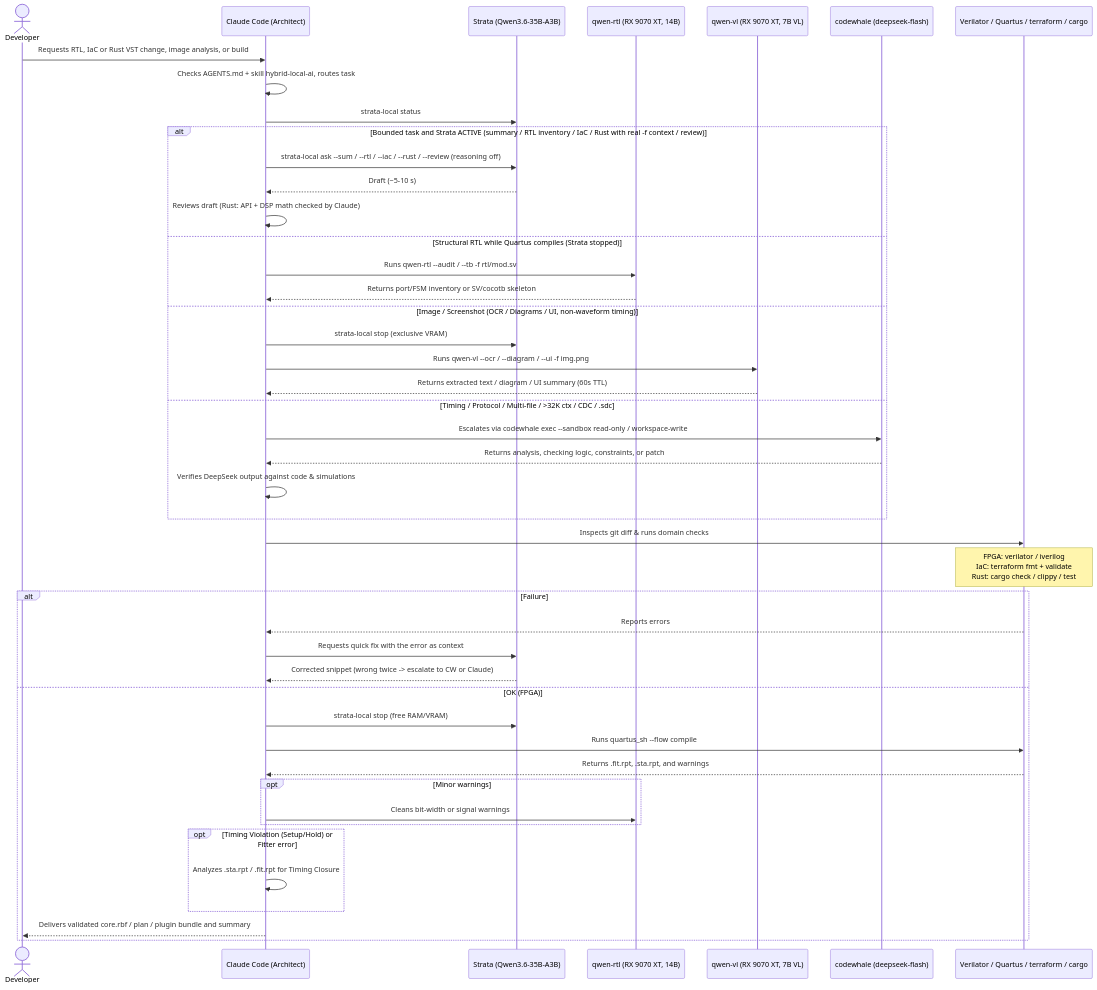
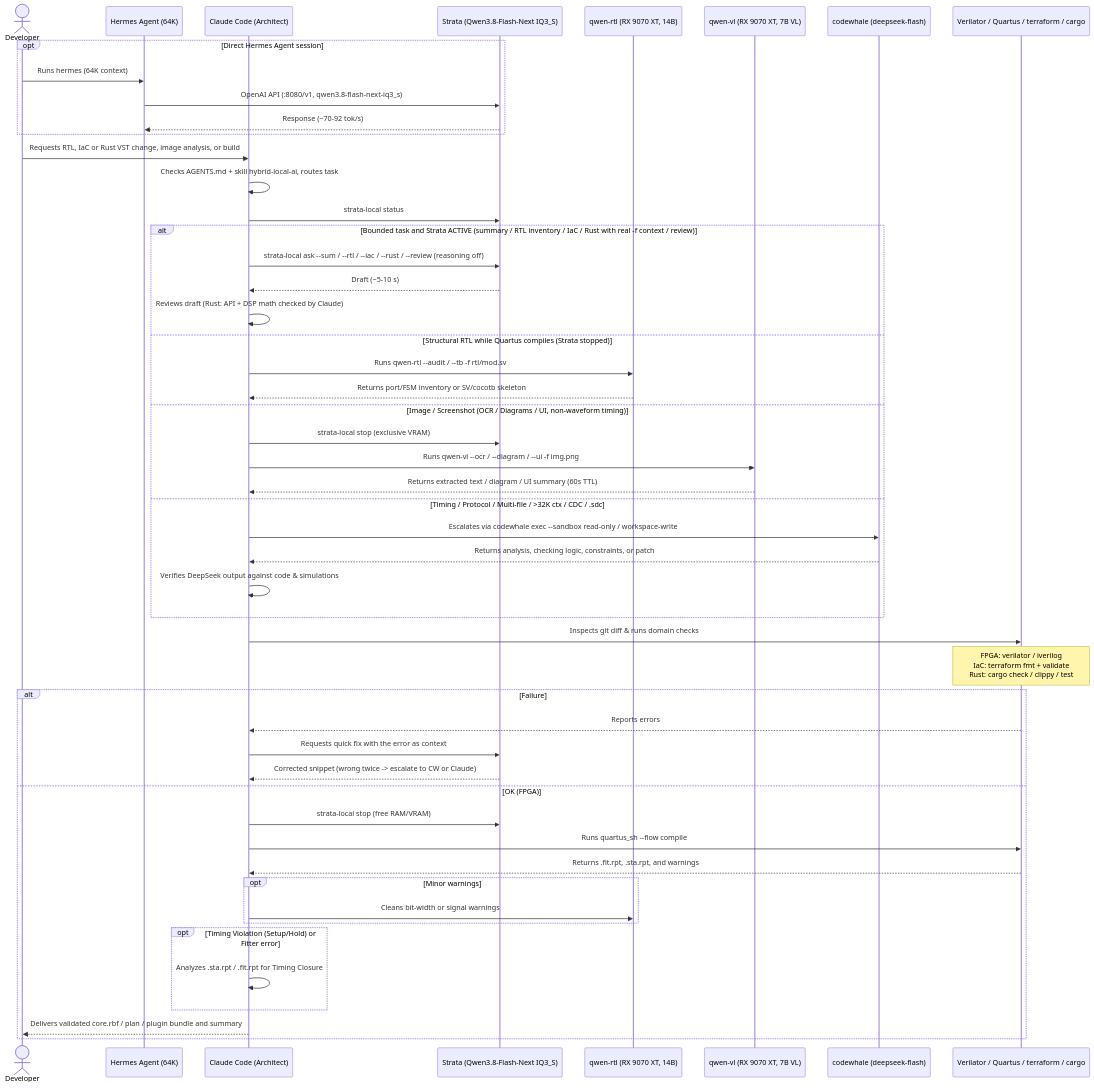
Before and after one commit to DanimanX/9070FpgaIAWorkflow: the second of 3 diagrams in docs/ai-fpga-workflow.md, drawn with Mermaid. The commit also changed other lines of this file and 1 other file, not shown here.

Commit message:
docs: update Strata model to Qwen3.8-Flash-Next IQ3_S and add Hermes Agent

````diff
--- a/docs/ai-fpga-workflow.md
+++ b/docs/ai-fpga-workflow.md
@@ -50,51 +52,58 @@
 ```mermaid
 sequenceDiagram
     actor Dev as Developer
+    participant Hermes as Hermes Agent (64K)
     participant Claude as Claude Code (Architect)
-    participant Strata as Strata (Qwen3.6-35B-A3B)
+    participant Strata as Strata (Qwen3.8-Flash-Next IQ3_S)
     participant Qwen as qwen-rtl (RX 9070 XT, 14B)
     participant QwenVL as qwen-vl (RX 9070 XT, 7B VL)
     participant CW as codewhale (deepseek-flash)
     participant Tools as Verilator / Quartus / terraform / cargo
+
+    opt Direct Hermes Agent session
+        Dev->>Hermes: Runs hermes (64K context)
+        Hermes->>Strata: OpenAI API (:8080/v1, qwen3.8-flash-next-iq3_s)
+        Strata-->>Hermes: Response (~70-92 tok/s)
+    end
 
     Dev->>Claude: Requests RTL, IaC or Rust VST change, image analysis, or build
     Claude->>Claude: Checks AGENTS.md + skill hybrid-local-ai, routes task
     Claude->>Strata: strata-local status
 
     alt Bounded task and Strata ACTIVE (summary / RTL inventory / IaC / Rust with real -f context / review)
         Claude->>Strata: strata-local ask --sum / --rtl / --iac / --rust / --review (reasoning off)
         Strata-->>Claude: Draft (~5-10 s)
         Claude->>Claude: Reviews draft (Rust: API + DSP math checked by Claude)
     else Structural RTL while Quartus compiles (Strata stopped)
         Claude->>Qwen: Runs qwen-rtl --audit / --tb -f rtl/mod.sv
         Qwen-->>Claude: Returns port/FSM inventory or SV/cocotb skeleton
     else Image / Screenshot (OCR / Diagrams / UI, non-waveform timing)
         Claude->>Strata: strata-local stop (exclusive VRAM)
         Claude->>QwenVL: Runs qwen-vl --ocr / --diagram / --ui -f img.png
         QwenVL-->>Claude: Returns extracted text / diagram / UI summary (60s TTL)
     else Timing / Protocol / Multi-file / >32K ctx / CDC / .sdc
         Claude->>CW: Escalates via codewhale exec --sandbox read-only / workspace-write
         CW-->>Claude: Returns analysis, checking logic, constraints, or patch
         Claude->>Claude: Verifies DeepSeek output against code & simulations
     end
 
     Claude->>Tools: Inspects git diff & runs domain checks
     Note over Tools: FPGA: verilator / iverilog<br/>IaC: terraform fmt + validate<br/>Rust: cargo check / clippy / test
 
     alt Failure
         Tools-->>Claude: Reports errors
         Claude->>Strata: Requests quick fix with the error as context
         Strata-->>Claude: Corrected snippet (wrong twice -> escalate to CW or Claude)
     else OK (FPGA)
         Claude->>Strata: strata-local stop (free RAM/VRAM)
         Claude->>Tools: Runs quartus_sh --flow compile
         Tools-->>Claude: Returns .fit.rpt, .sta.rpt, and warnings
         opt Minor warnings
             Claude->>Qwen: Cleans bit-width or signal warnings
         end
         opt Timing Violation (Setup/Hold) or Fitter error
             Claude->>Claude: Analyzes .sta.rpt / .fit.rpt for Timing Closure
         end
         Claude-->>Dev: Delivers validated core.rbf / plan / plugin bundle and summary
     end
 ```
````
